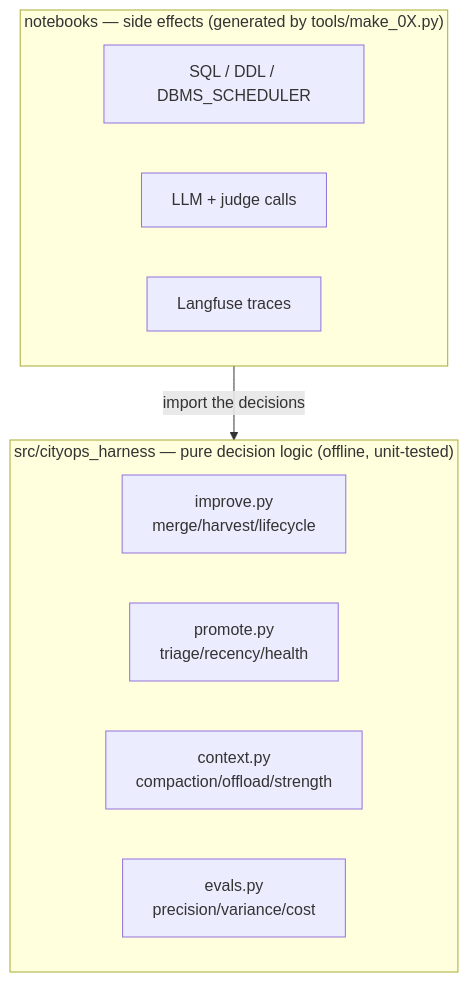
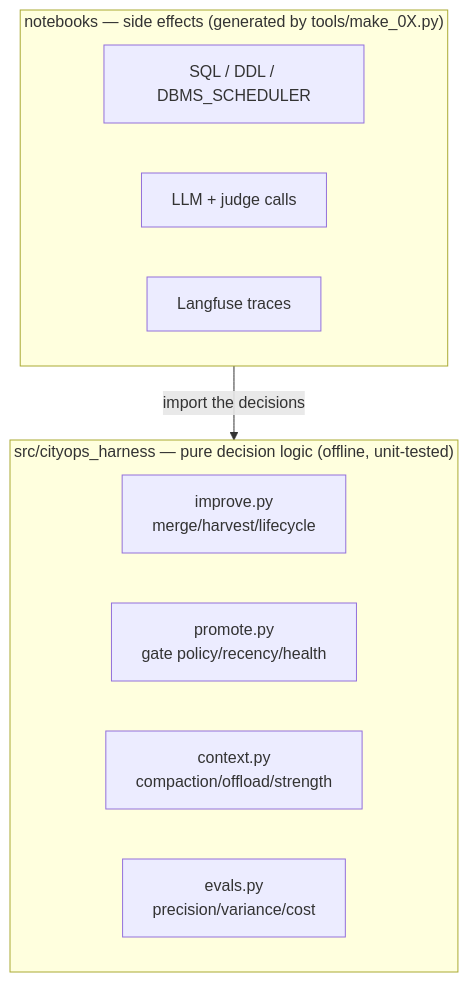
One commit to anantsrivast/cityops-agent-harness changed the second of 16 diagrams in docs/WALKTHROUGH.md. Above: the diagram before and after it, drawn with Mermaid. The commit also changed other lines of this file and 11 other files, not shown here.

````diff
--- a/docs/WALKTHROUGH.md
+++ b/docs/WALKTHROUGH.md
@@ -51,15 +51,15 @@
 ```mermaid
 flowchart TB
   subgraph L1["src/cityops_harness — pure decision logic (offline, unit-tested)"]
     improve["improve.py<br/>merge/harvest/lifecycle"]
-    promote["promote.py<br/>triage/recency/health"]
+    promote["promote.py<br/>gate policy/recency/health"]
     context["context.py<br/>compaction/offload/strength"]
     evals["evals.py<br/>precision/variance/cost"]
   end
   subgraph L2["notebooks — side effects (generated by tools/make_0X.py)"]
     sql["SQL / DDL / DBMS_SCHEDULER"]
     llm["LLM + judge calls"]
     lf["Langfuse traces"]
   end
   L2 -->|"import the decisions"| L1
 ```
````
